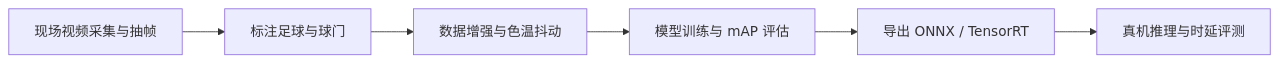
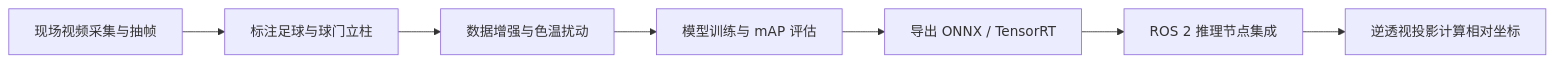
Before and after one commit to RobotWorkShop-BigHeroX/RoboCupBook: the first of 2 diagrams in docs/04-learning.md, drawn with Mermaid. The commit also changed other lines of this file and 11 other files, not shown here.

````diff
--- a/docs/04-learning.md
+++ b/docs/04-learning.md
@@ -84,8 +89,9 @@
 ```mermaid
 graph LR
-    A["现场视频采集与抽帧"] --> B["标注足球与球门"]
-    B --> C["数据增强与色温抖动"]
+    A["现场视频采集与抽帧"] --> B["标注足球与球门立柱"]
+    B --> C["数据增强与色温扰动"]
     C --> D["模型训练与 mAP 评估"]
     D --> E["导出 ONNX / TensorRT"]
-    E --> F["真机推理与时延评测"]
+    E --> F["ROS 2 推理节点集成"]
+    F --> G["逆透视投影计算相对坐标"]
 ```
````
